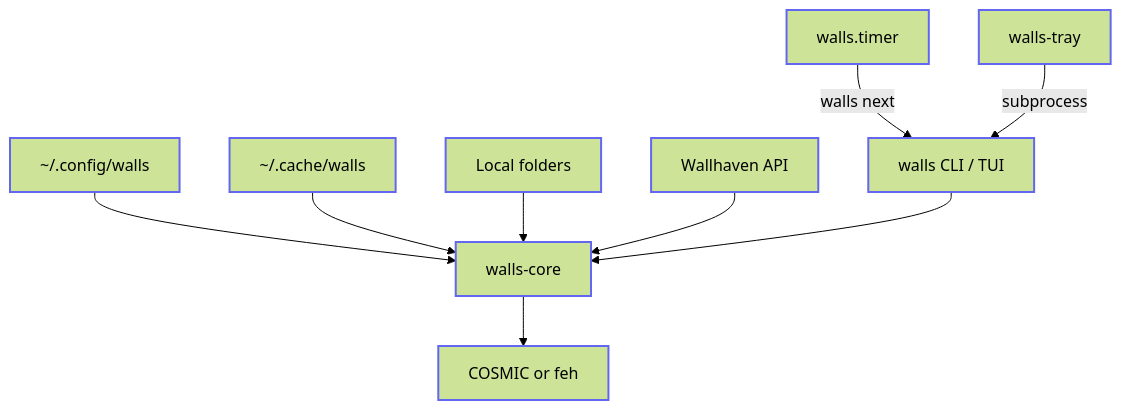
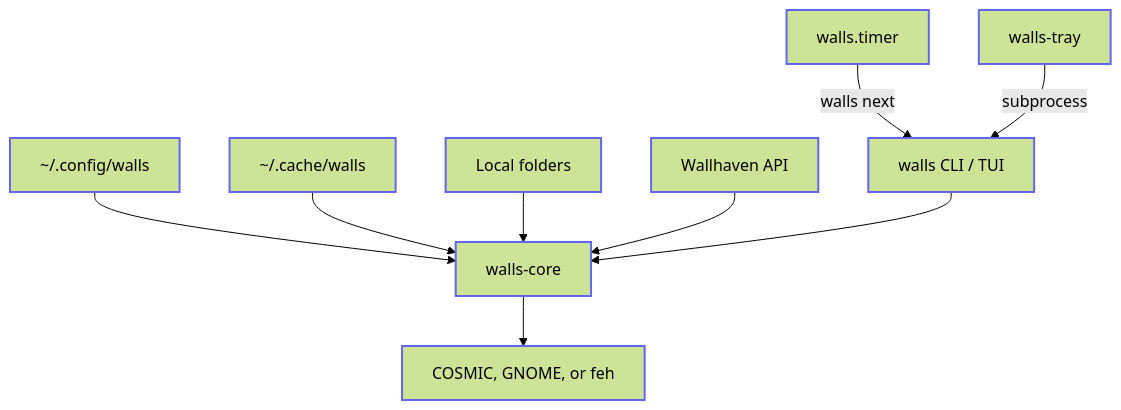
One commit to willfish/walls changed the diagram in README.md. Above: the diagram before and after it, drawn with Mermaid (forest theme). The commit also changed other lines of this file and 7 other files, not shown here.

Commit message:
feat: add GNOME apply backend (#71)

````diff
--- a/README.md
+++ b/README.md
@@ -50,24 +50,24 @@
 ```mermaid
 flowchart TD
     CONFIG["~/.config/walls"]
     CACHE["~/.cache/walls"]
     LOCAL[Local folders]
     WH[Wallhaven API]
     TIMER[walls.timer]
     TRAY[walls-tray]
     CLI["walls CLI / TUI"]
     CORE[walls-core]
-    APPLY["COSMIC or feh"]
+    APPLY["COSMIC, GNOME, or feh"]
 
     TIMER -->|walls next| CLI
     TRAY -->|subprocess| CLI
     CONFIG --> CORE
     CACHE --> CORE
     LOCAL --> CORE
     WH --> CORE
     CLI --> CORE
     CORE --> APPLY
 
     classDef box stroke:#6366f1,stroke-width:2px
     class CONFIG,CACHE,LOCAL,WH,TIMER,TRAY,CLI,CORE,APPLY box
 ```
````
